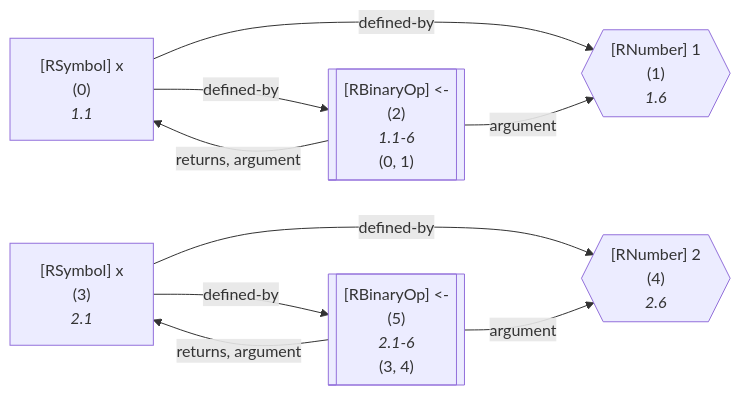
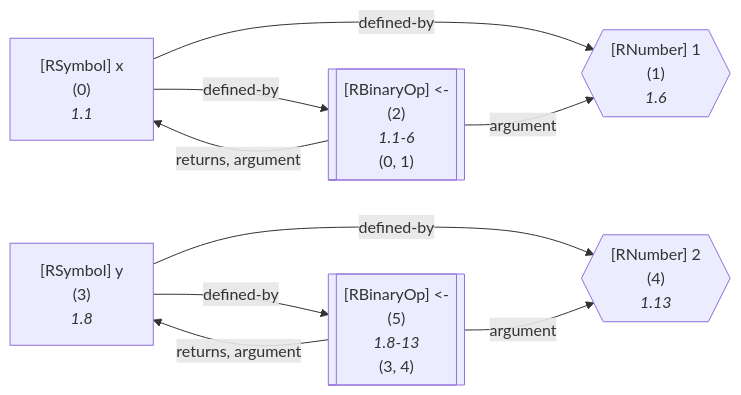
One commit to flowr-analysis/flowr changed the third of 6 diagrams in wiki/Query API.md. Above: the diagram before and after it, drawn with Mermaid. The commit also changed other lines of this file and 1 other file, not shown here.

````diff
--- a/wiki/Query API.md
+++ b/wiki/Query API.md
@@ -1672,31 +1670,31 @@
 ```mermaid
 flowchart LR
     1{{"`#91;RNumber#93; 1
       (1)
       *1.6*`"}}
     0["`#91;RSymbol#93; x
       (0)
       *1.1*`"]
     2[["`#91;RBinaryOp#93; #60;#45;
       (2)
       *1.1-6*
     (0, 1)`"]]
     4{{"`#91;RNumber#93; 2
       (4)
-      *2.6*`"}}
-    3["`#91;RSymbol#93; x
+      *1.13*`"}}
+    3["`#91;RSymbol#93; y
       (3)
-      *2.1*`"]
+      *1.8*`"]
     5[["`#91;RBinaryOp#93; #60;#45;
       (5)
-      *2.1-6*
+      *1.8-13*
     (3, 4)`"]]
     0 -->|"defined-by"| 1
     0 -->|"defined-by"| 2
     2 -->|"argument"| 1
     2 -->|"returns, argument"| 0
     3 -->|"defined-by"| 4
     3 -->|"defined-by"| 5
     5 -->|"argument"| 4
     5 -->|"returns, argument"| 3
 ```
````
